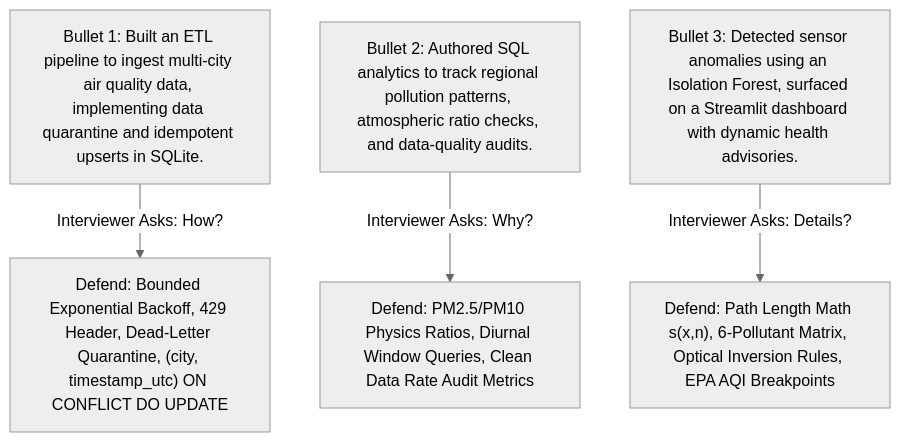
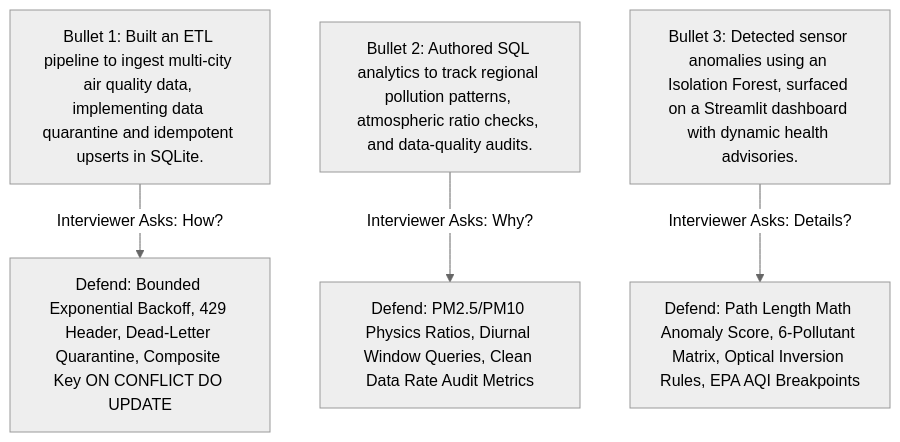
The diagram in learning/06_interview_defense_and_50_qna_bank.md (HxWildE/AQI_India), drawn with Mermaid (neutral theme) before and after one commit. The commit also changed 2 other files, not shown here.

Commit message:
fix(docs): resolve Mermaid syntax parse errors in learning architecture diagrams

````diff
--- a/learning/06_interview_defense_and_50_qna_bank.md
+++ b/learning/06_interview_defense_and_50_qna_bank.md
@@ -13,10 +13,10 @@
 ```mermaid
 flowchart TD
     B1["Bullet 1: Built an ETL pipeline to ingest multi-city air quality data, implementing data quarantine and idempotent upserts in SQLite."]
     B2["Bullet 2: Authored SQL analytics to track regional pollution patterns, atmospheric ratio checks, and data-quality audits."]
     B3["Bullet 3: Detected sensor anomalies using an Isolation Forest, surfaced on a Streamlit dashboard with dynamic health advisories."]
 
-    B1 -->|Interviewer Asks: How?| D1["Defend: Bounded Exponential Backoff, 429 Header, Dead-Letter Quarantine, (city, timestamp_utc) ON CONFLICT DO UPDATE"]
+    B1 -->|Interviewer Asks: How?| D1["Defend: Bounded Exponential Backoff, 429 Header, Dead-Letter Quarantine, Composite Key ON CONFLICT DO UPDATE"]
     B2 -->|Interviewer Asks: Why?| D2["Defend: PM2.5/PM10 Physics Ratios, Diurnal Window Queries, Clean Data Rate Audit Metrics"]
-    B3 -->|Interviewer Asks: Details?| D3["Defend: Path Length Math s(x,n), 6-Pollutant Matrix, Optical Inversion Rules, EPA AQI Breakpoints"]
+    B3 -->|Interviewer Asks: Details?| D3["Defend: Path Length Math Anomaly Score, 6-Pollutant Matrix, Optical Inversion Rules, EPA AQI Breakpoints"]
 ```
````
